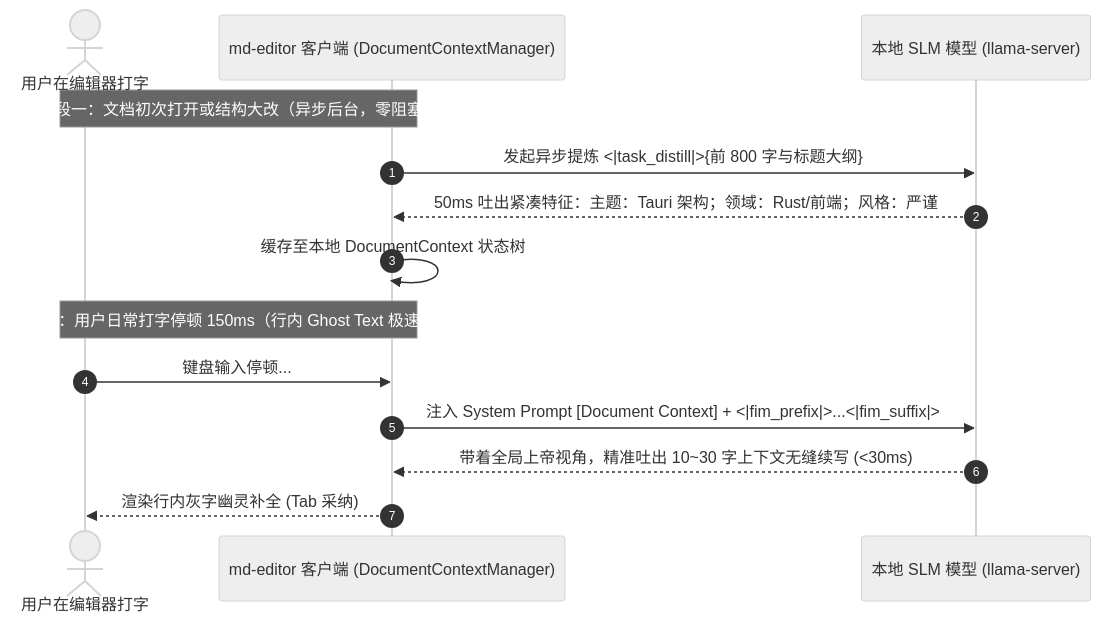
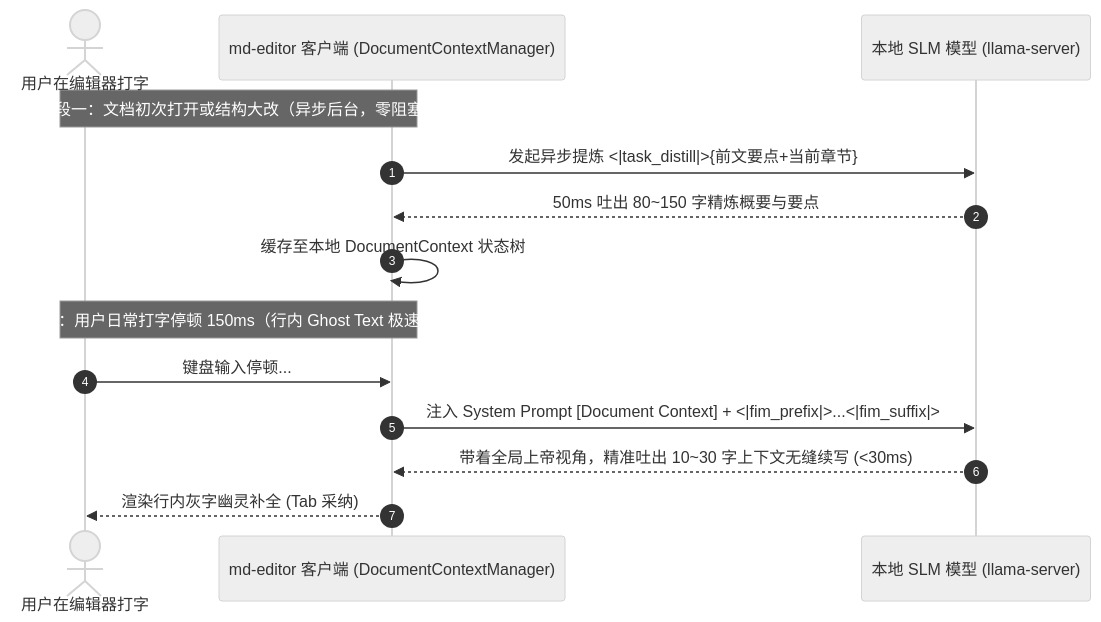
The diagram in docs/APP_INTEGRATION_SPEC_RFC002.md (wmasfoe/md-editor-models), drawn with Mermaid (neutral theme) before and after one commit. The commit also changed other lines of this file and 5 other files, not shown here.

Commit message:
feat: complete RFC-002 streaming dataset pipeline with 20k real balanced samples, task_gec_mixed, rolling task_distill, and ChatML PSM FIM

````diff
--- a/docs/APP_INTEGRATION_SPEC_RFC002.md
+++ b/docs/APP_INTEGRATION_SPEC_RFC002.md
@@ -14,18 +14,18 @@
 ```mermaid
 sequenceDiagram
     autonumber
     actor User as 用户在编辑器打字
     participant App as md-editor 客户端 (DocumentContextManager)
     participant Model as 本地 SLM 模型 (llama-server)
 
     Note over User, App: 阶段一：文档初次打开或结构大改（异步后台，零阻塞）
-    App ->> Model: 发起异步提炼 <|task_distill|>{前 800 字与标题大纲}
-    Model -->> App: 50ms 吐出紧凑特征：主题：Tauri 架构；领域：Rust/前端；风格：严谨
+    App ->> Model: 发起异步提炼 <|task_distill|>{前文要点+当前章节}
+    Model -->> App: 50ms 吐出 80~150 字精炼概要与要点
     App ->> App: 缓存至本地 DocumentContext 状态树
 
     Note over User, App: 阶段二：用户日常打字停顿 150ms（行内 Ghost Text 极速补全）
     User ->> App: 键盘输入停顿...
     App ->> Model: 注入 System Prompt [Document Context] + <|fim_prefix|>...<|fim_suffix|>
     Model -->> App: 带着全局上帝视角，精准吐出 10~30 字上下文无缝续写 (<30ms)
     App -->> User: 渲染行内灰字幽灵补全 (Tab 采纳)
 ```
````
